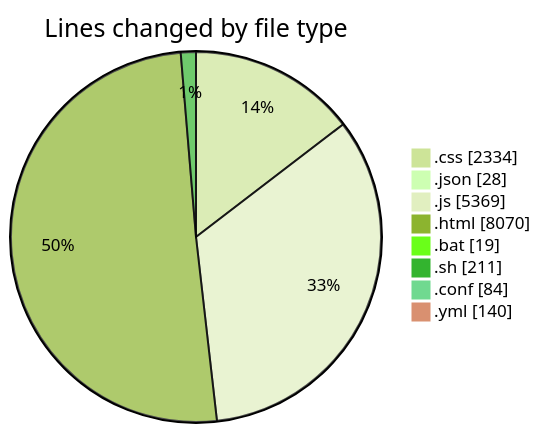
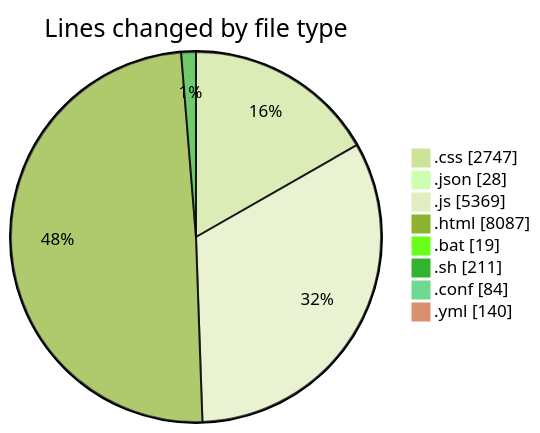
Before and after one commit to becaeroporto-bot/code-tracking: the first of 2 diagrams in 2026-02-18/bot_v1_2/README.md, drawn with Mermaid (forest theme). The commit also changed other lines of this file and 1 other file, not shown here.

````diff
--- a/2026-02-18/bot_v1_2/README.md
+++ b/2026-02-18/bot_v1_2/README.md
@@ -44,12 +44,12 @@
 ```mermaid
 pie showData
 title Lines changed by file type
-".css" : 2334
+".css" : 2747
 ".json" : 28
 ".js" : 5369
-".html" : 8070
+".html" : 8087
 ".bat" : 19
 ".sh" : 211
 ".conf" : 84
 ".yml" : 140
 ```
````
